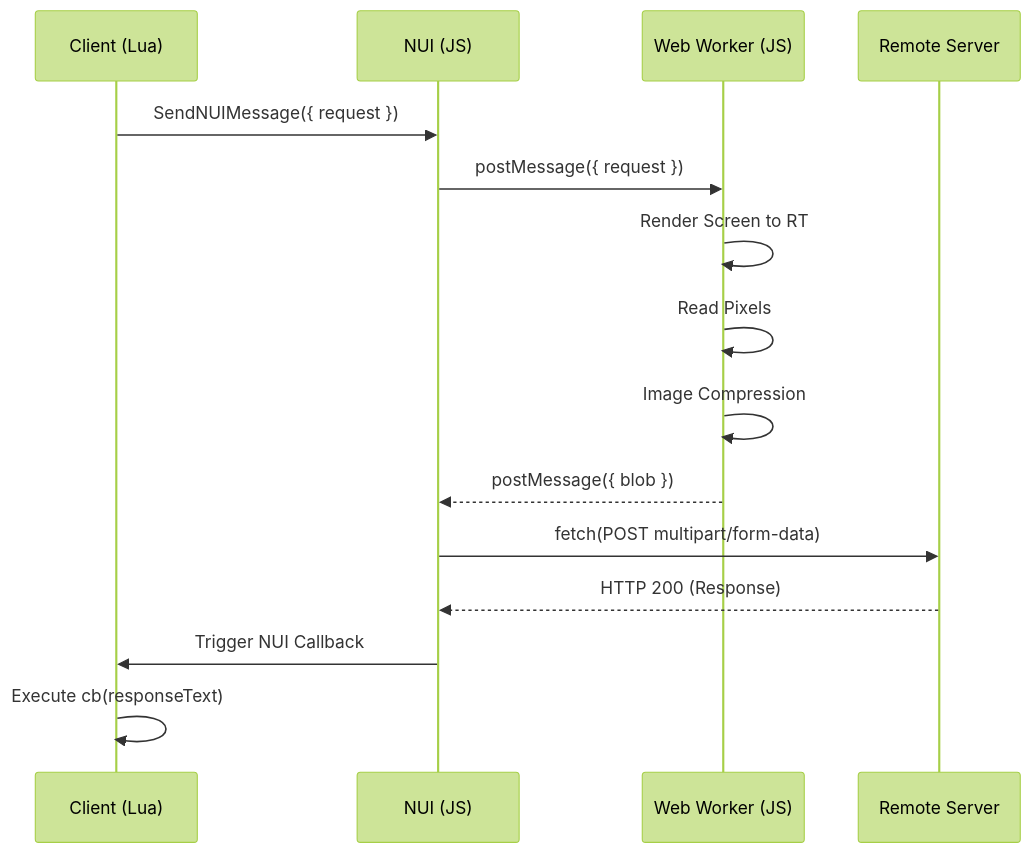
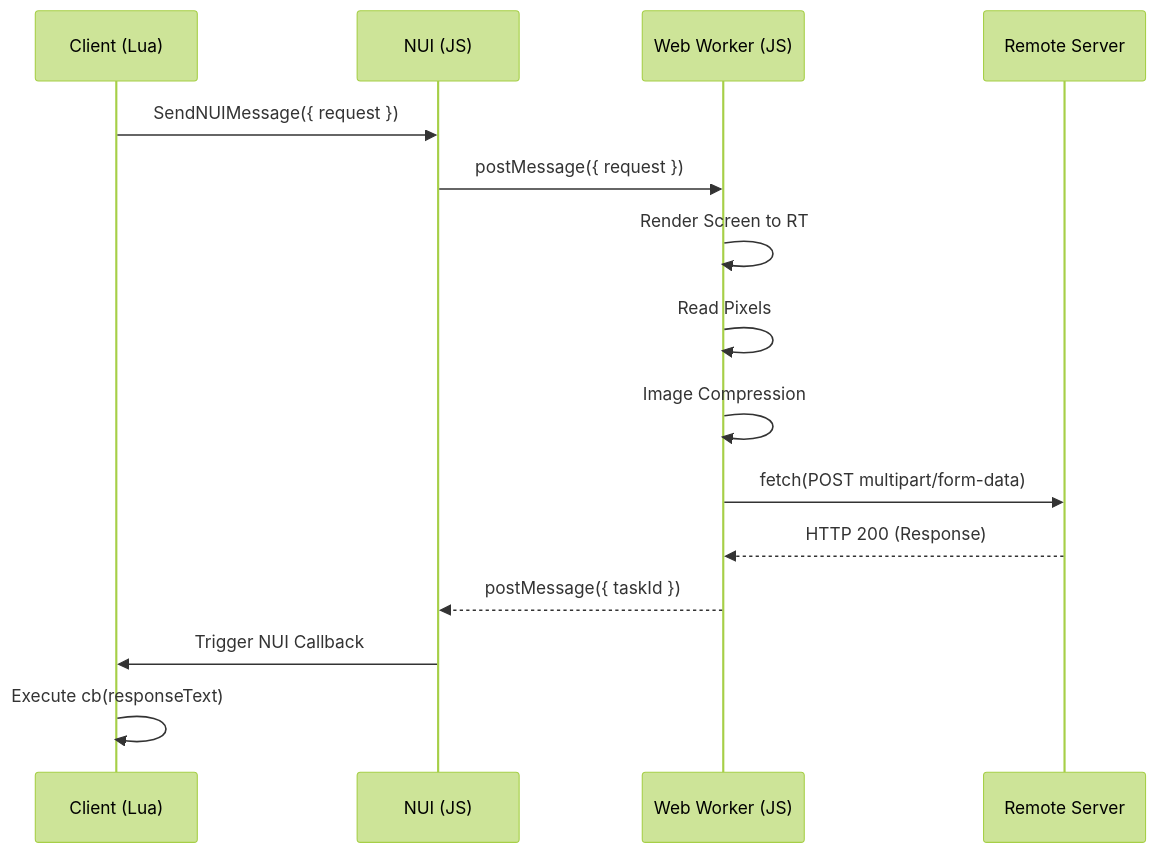
One commit to betters-dev/screenshot-basic changed the second of 3 diagrams in README.md. Above: the diagram before and after it, drawn with Mermaid (forest theme). The commit also changed other lines of this file, not shown here.

Commit message:
feat(ui): offload image compression and uploads to Web Worker

````diff
--- a/README.md
+++ b/README.md
@@ -93,18 +93,18 @@
 ```mermaid
 sequenceDiagram
     participant Lua as Client (Lua)
     participant NUI as NUI (JS)
     participant Worker as Web Worker (JS)
     participant Server as Remote Server
 
     Lua->>NUI: SendNUIMessage({ request })
     NUI->>Worker: postMessage({ request })
     Worker->>Worker: Render Screen to RT
     Worker->>Worker: Read Pixels
     Worker->>Worker: Image Compression
-    Worker-->>NUI: postMessage({ blob })
-    NUI->>Server: fetch(POST multipart/form-data)
-    Server-->>NUI: HTTP 200 (Response)
+    Worker->>Server: fetch(POST multipart/form-data)
+    Server-->>Worker: HTTP 200 (Response)
+    Worker-->>NUI: postMessage({ taskId })
     NUI->>Lua: Trigger NUI Callback
     Lua->>Lua: Execute cb(responseText)
 ```
````
